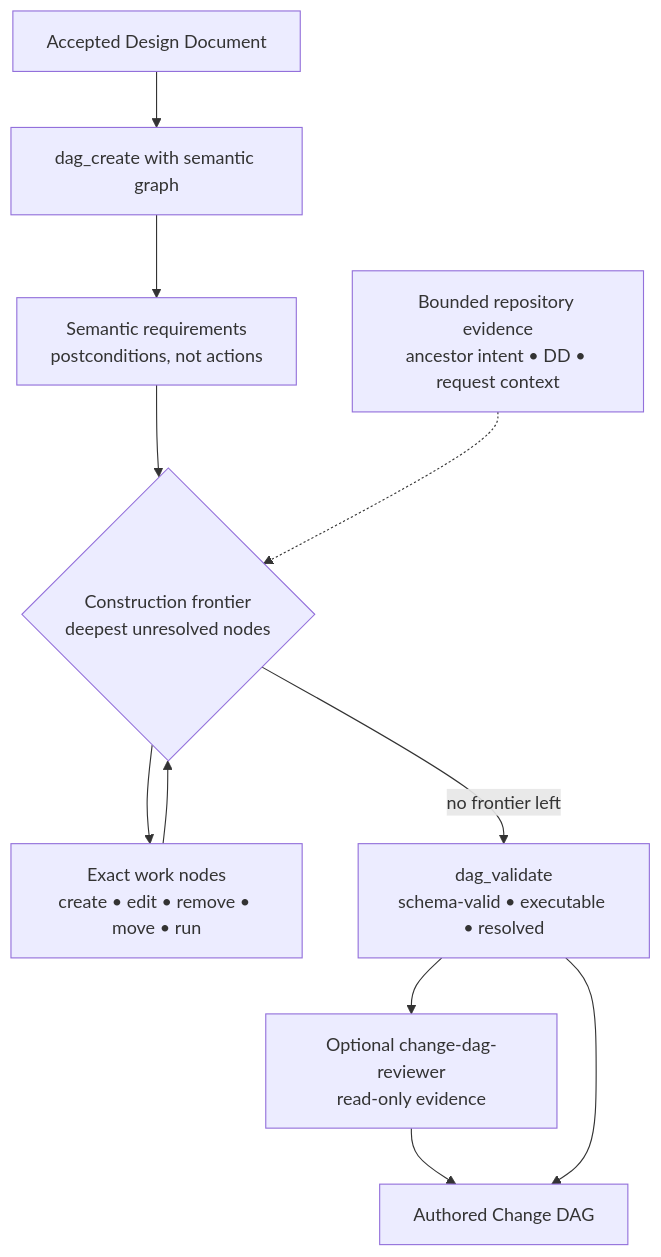
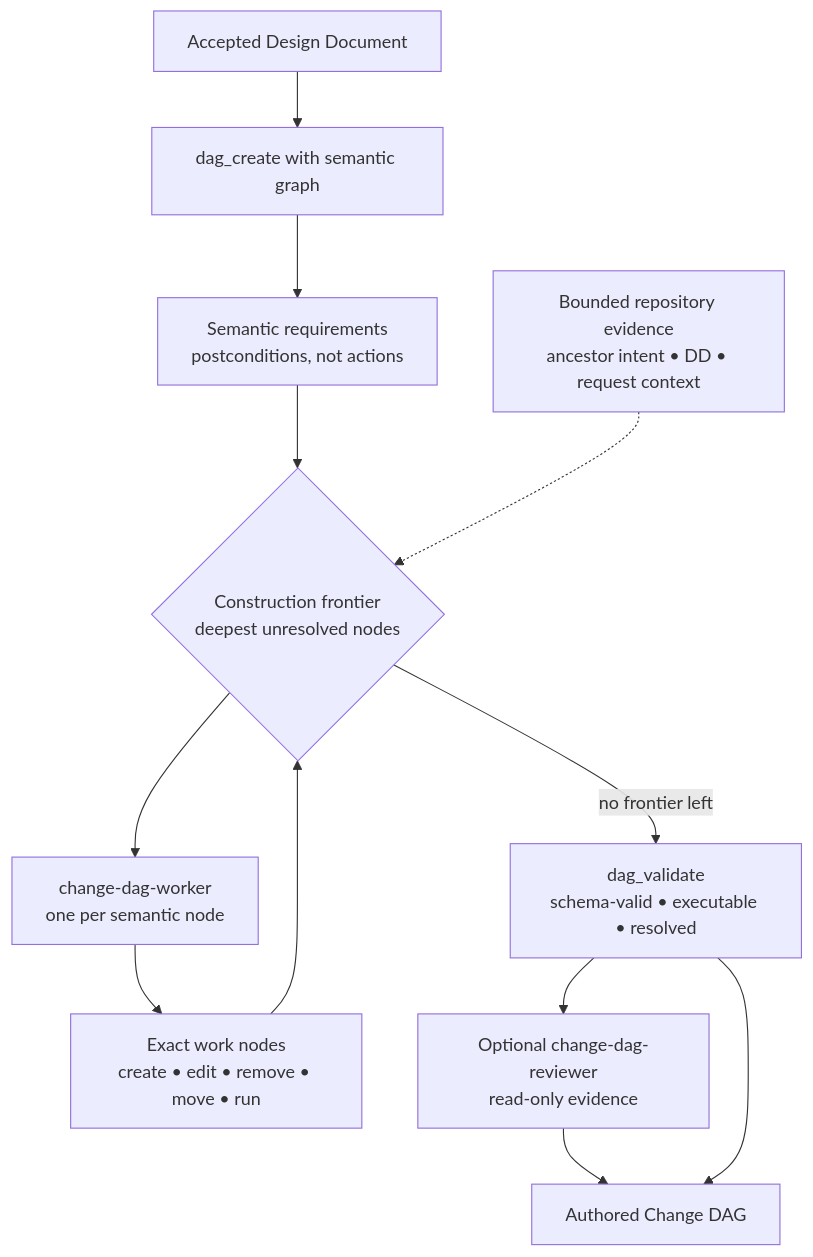
The first of 2 diagrams in docs/architecture/change-dag-lifecycle.md (xiaden/SkyScow), drawn with Mermaid before and after one commit. The commit also changed other lines of this file and 11 other files, not shown here.

````diff
--- a/docs/architecture/change-dag-lifecycle.md
+++ b/docs/architecture/change-dag-lifecycle.md
@@ -15,14 +16,15 @@
 ```mermaid
 flowchart TD
     DD["Accepted Design Document"] --> S["dag_create with semantic graph"]
     S --> SEM["Semantic requirements<br/>postconditions, not actions"]
     SEM --> F{"Construction frontier<br/>deepest unresolved nodes"}
-    F --> W["Exact work nodes<br/>create • edit • remove • move • run"]
-    W --> F
+    F --> W["change-dag-worker<br/>one per semantic node"]
+    W --> X["Exact work nodes<br/>create • edit • remove • move • run"]
+    X --> F
     F -->|no frontier left| VAL["dag_validate<br/>schema-valid • executable • resolved"]
     VAL --> REV["Optional change-dag-reviewer<br/>read-only evidence"]
     REV --> AUTH["Authored Change DAG"]
     VAL --> AUTH
 
     CTX["Bounded repository evidence<br/>ancestor intent • DD • request context"] -.-> F
 ```
````
